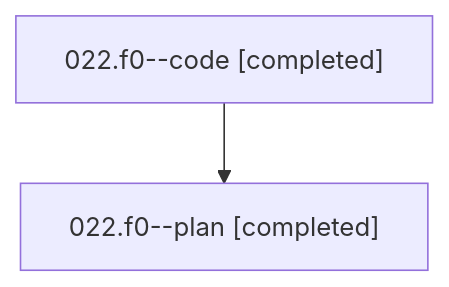
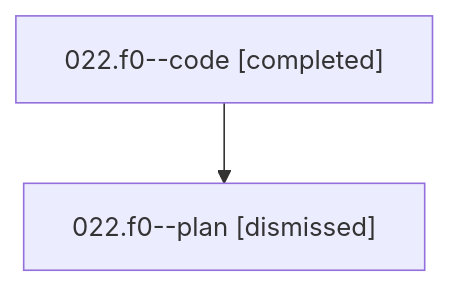
One commit to bobs-org/bob-cli--agents changed the diagram in families/bbugyi200.athena.022.f0.md. Above: the diagram before and after it, drawn with Mermaid. The commit also changed other lines of this file and 265 other files, not shown here.

````diff
--- a/families/bbugyi200.athena.022.f0.md
+++ b/families/bbugyi200.athena.022.f0.md
@@ -9,6 +9,6 @@
 ```mermaid
 flowchart TD
   n0["022.f0--code [completed]"]
-  n1["022.f0--plan [completed]"]
+  n1["022.f0--plan [dismissed]"]
   n0 --> n1
 ```
````
